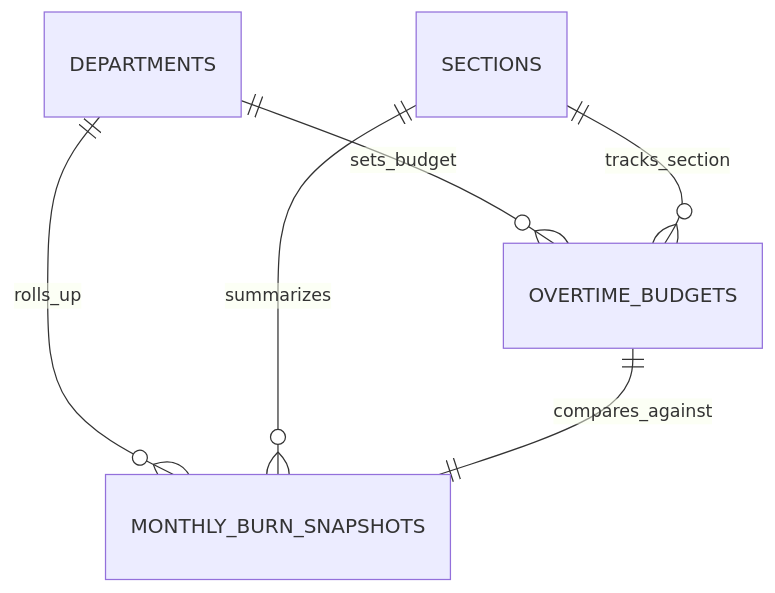
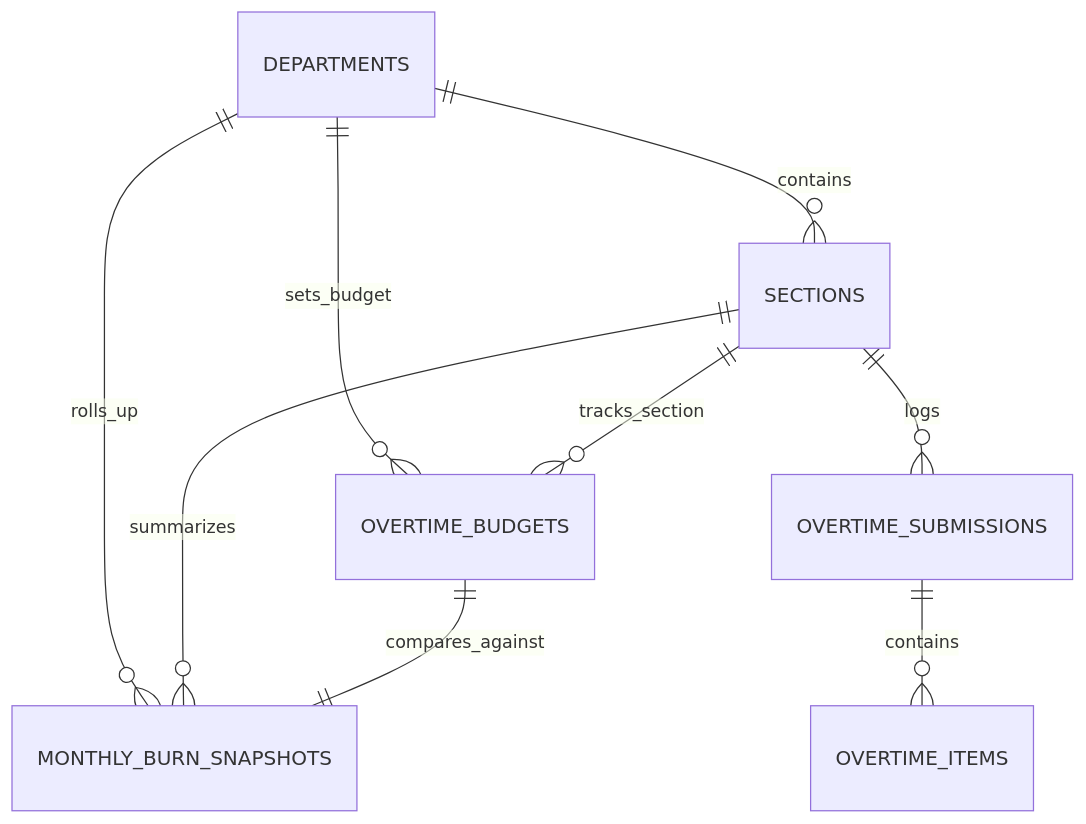
The second of 2 diagrams in docs/dev-docs/features/budget-burn-index.md (ZulfikarHD/overtime-app), drawn with Mermaid before and after one commit. The commit also changed other lines of this file and 22 other files, not shown here.

````diff
--- a/docs/dev-docs/features/budget-burn-index.md
+++ b/docs/dev-docs/features/budget-burn-index.md
@@ -33,10 +34,11 @@
 ```mermaid
 erDiagram
+    DEPARTMENTS ||--o{ SECTIONS : contains
     DEPARTMENTS ||--o{ OVERTIME_BUDGETS : sets_budget
     SECTIONS ||--o{ OVERTIME_BUDGETS : tracks_section
-
     DEPARTMENTS ||--o{ MONTHLY_BURN_SNAPSHOTS : rolls_up
     SECTIONS ||--o{ MONTHLY_BURN_SNAPSHOTS : summarizes
-
     OVERTIME_BUDGETS ||--|| MONTHLY_BURN_SNAPSHOTS : compares_against
+    OVERTIME_SUBMISSIONS ||--o{ OVERTIME_ITEMS : contains
+    SECTIONS ||--o{ OVERTIME_SUBMISSIONS : logs
 ```
````
